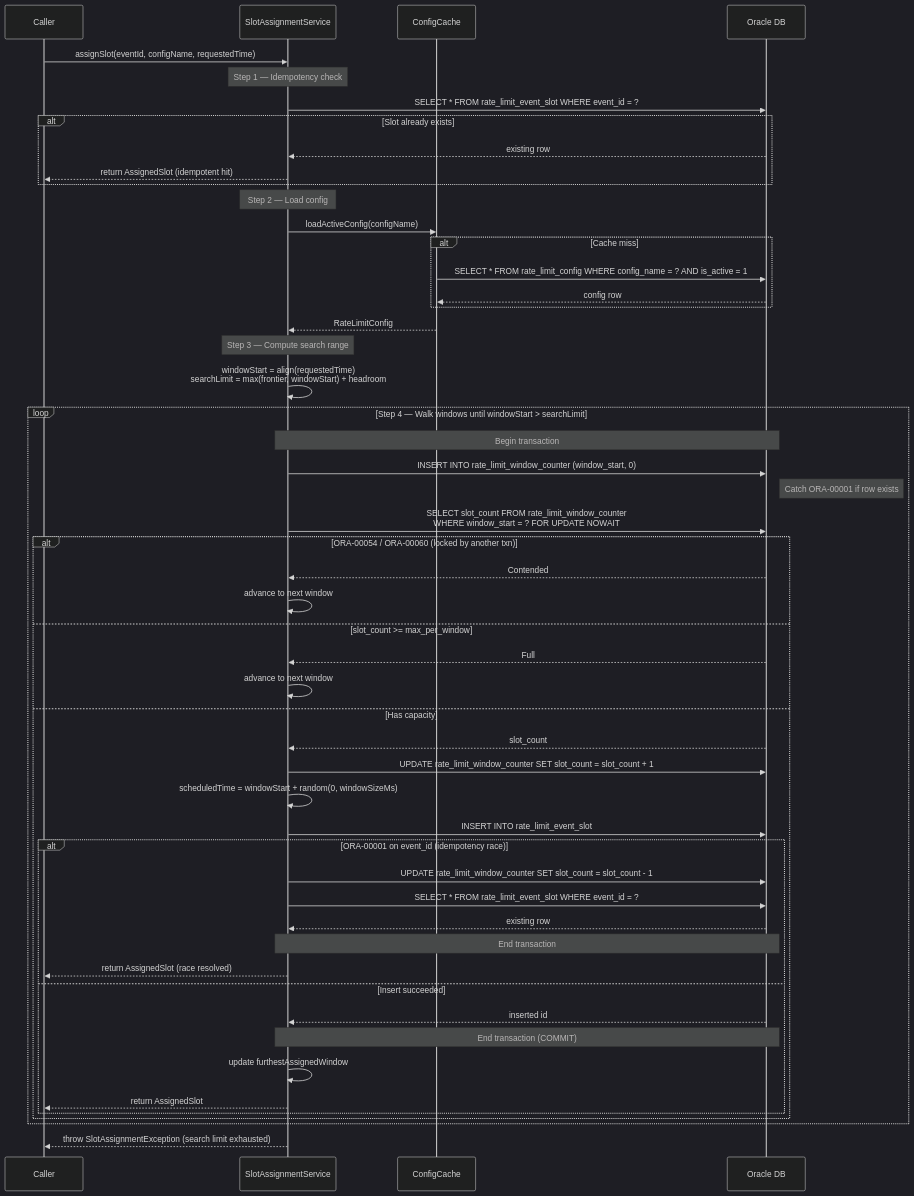
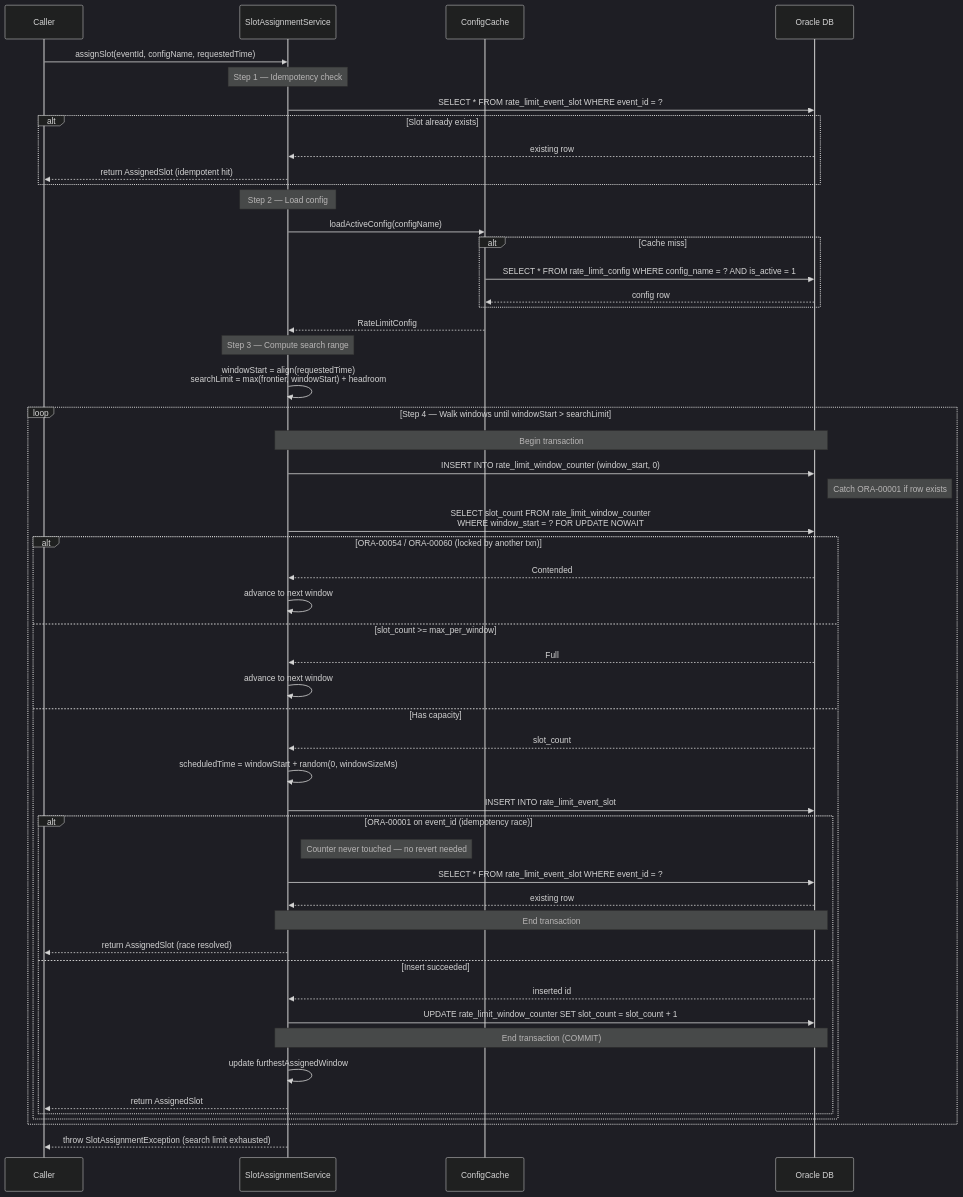
Before and after one commit to arunav-bhattacharya/rate-limiter: the first of 2 diagrams in README.md, drawn with Mermaid (dark theme). The commit also changed other lines of this file and 2 other files, not shown here.

Commit message:
Refactor slot assignment logic to ensure counter is only updated after successful insert, improving idempotency handling and transaction safety

````diff
--- a/README.md
+++ b/README.md
@@ -113,64 +113,64 @@
 ```mermaid
 sequenceDiagram
     participant Caller
     participant SAS as SlotAssignmentService
     participant Cache as ConfigCache
     participant DB as Oracle DB
 
     Caller->>SAS: assignSlot(eventId, configName, requestedTime)
 
     Note over SAS: Step 1 — Idempotency check
     SAS->>DB: SELECT * FROM rate_limit_event_slot WHERE event_id = ?
     alt Slot already exists
         DB-->>SAS: existing row
         SAS-->>Caller: return AssignedSlot (idempotent hit)
     end
 
     Note over SAS: Step 2 — Load config
     SAS->>Cache: loadActiveConfig(configName)
     alt Cache miss
         Cache->>DB: SELECT * FROM rate_limit_config WHERE config_name = ? AND is_active = 1
         DB-->>Cache: config row
     end
     Cache-->>SAS: RateLimitConfig
 
     Note over SAS: Step 3 — Compute search range
     SAS->>SAS: windowStart = align(requestedTime)<br/>searchLimit = max(frontier, windowStart) + headroom
 
     loop Step 4 — Walk windows until windowStart > searchLimit
         Note over SAS,DB: Begin transaction
 
         SAS->>DB: INSERT INTO rate_limit_window_counter (window_start, 0)
         Note right of DB: Catch ORA-00001 if row exists
 
         SAS->>DB: SELECT slot_count FROM rate_limit_window_counter<br/>WHERE window_start = ? FOR UPDATE NOWAIT
         alt ORA-00054 / ORA-00060 (locked by another txn)
             DB-->>SAS: Contended
             SAS->>SAS: advance to next window
         else slot_count >= max_per_window
             DB-->>SAS: Full
             SAS->>SAS: advance to next window
         else Has capacity
             DB-->>SAS: slot_count
 
-            SAS->>DB: UPDATE rate_limit_window_counter SET slot_count = slot_count + 1
             SAS->>SAS: scheduledTime = windowStart + random(0, windowSizeMs)
             SAS->>DB: INSERT INTO rate_limit_event_slot
 
             alt ORA-00001 on event_id (idempotency race)
-                SAS->>DB: UPDATE rate_limit_window_counter SET slot_count = slot_count - 1
+                Note right of SAS: Counter never touched — no revert needed
                 SAS->>DB: SELECT * FROM rate_limit_event_slot WHERE event_id = ?
                 DB-->>SAS: existing row
                 Note over SAS,DB: End transaction
                 SAS-->>Caller: return AssignedSlot (race resolved)
             else Insert succeeded
                 DB-->>SAS: inserted id
+                SAS->>DB: UPDATE rate_limit_window_counter SET slot_count = slot_count + 1
                 Note over SAS,DB: End transaction (COMMIT)
                 SAS->>SAS: update furthestAssignedWindow
                 SAS-->>Caller: return AssignedSlot
             end
         end
     end
 
     SAS-->>Caller: throw SlotAssignmentException (search limit exhausted)
 ```
````
